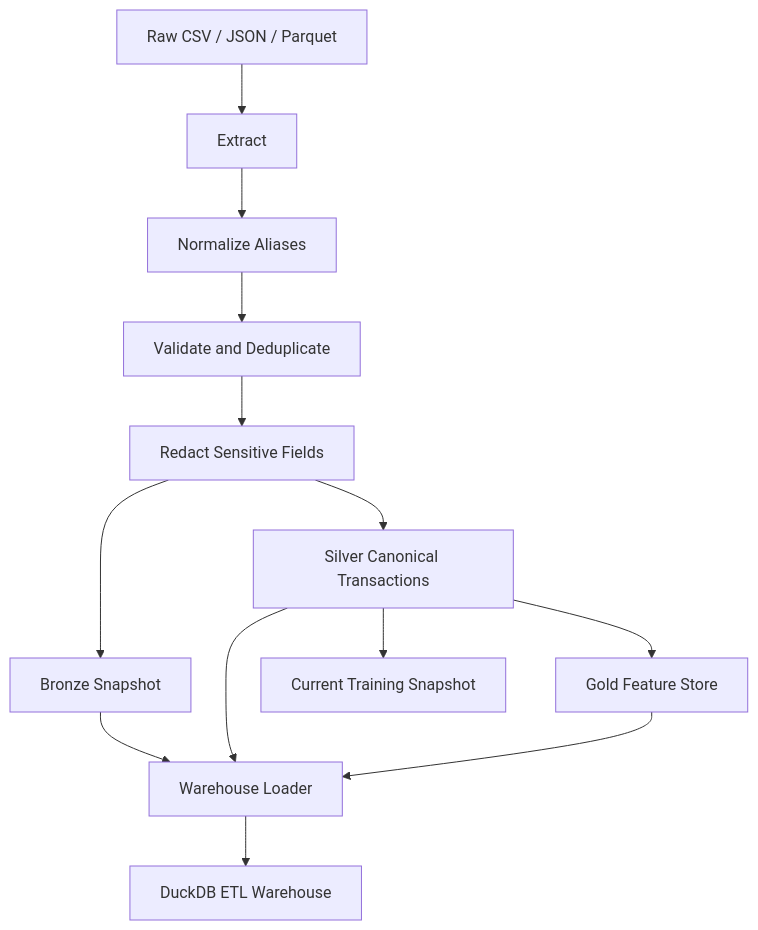
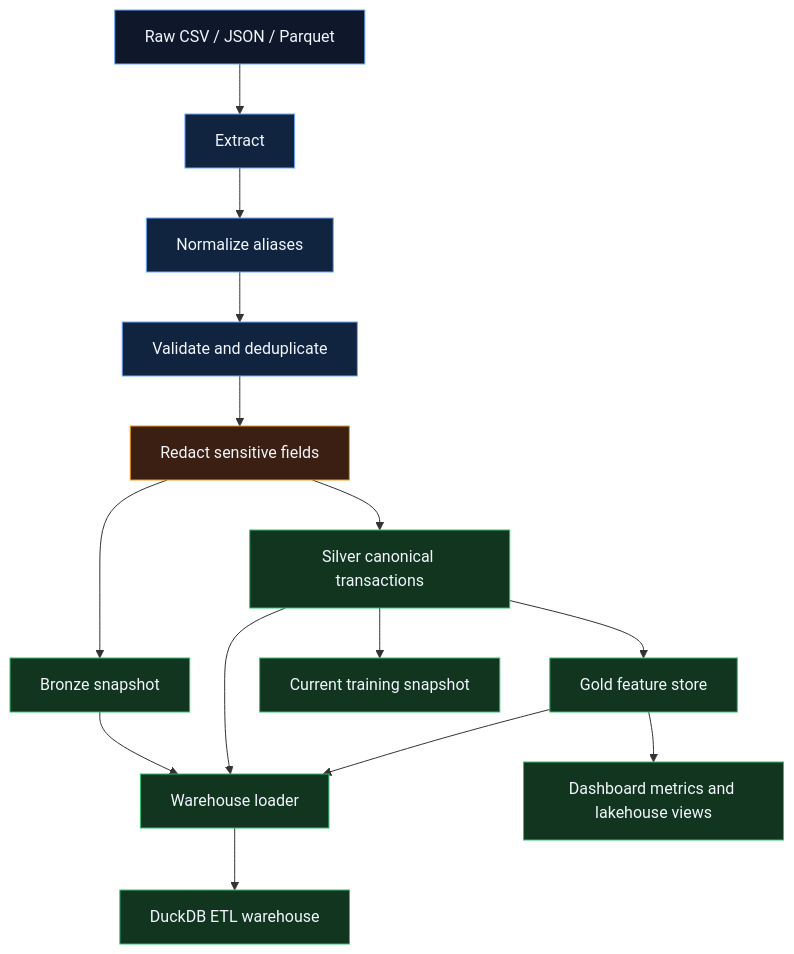
The fourth of 5 diagrams in README.md (AngelP17/Rift), drawn with Mermaid before and after one commit. The commit also changed other lines of this file and 8 other files, not shown here.

````diff
--- a/README.md
+++ b/README.md
@@ -407,15 +467,25 @@
 ```mermaid
 flowchart TD
-    A[Raw CSV / JSON / Parquet] --> B[Extract]
-    B --> C[Normalize Aliases]
-    C --> D[Validate and Deduplicate]
-    D --> E[Redact Sensitive Fields]
-    E --> F[Bronze Snapshot]
-    E --> G[Silver Canonical Transactions]
-    G --> H[Gold Feature Store]
-    F --> I[Warehouse Loader]
+    A["Raw CSV / JSON / Parquet"] --> B["Extract"]
+    B --> C["Normalize aliases"]
+    C --> D["Validate and deduplicate"]
+    D --> E["Redact sensitive fields"]
+    E --> F["Bronze snapshot"]
+    E --> G["Silver canonical transactions"]
+    G --> H["Gold feature store"]
+    F --> I["Warehouse loader"]
     G --> I
     H --> I
-    I --> J[DuckDB ETL Warehouse]
-    G --> K[Current Training Snapshot]
+    I --> J["DuckDB ETL warehouse"]
+    G --> K["Current training snapshot"]
+    H --> L["Dashboard metrics and lakehouse views"]
+
+    classDef raw fill:#0f172a,stroke:#6ea8fe,color:#f3f6ff
+    classDef transform fill:#10243f,stroke:#6ea8fe,color:#f3f6ff
+    classDef governed fill:#3a1f12,stroke:#f39c12,color:#f3f6ff
+    classDef output fill:#12351f,stroke:#2fbf71,color:#f3f6ff
+    class A raw
+    class B,C,D transform
+    class E governed
+    class F,G,H,I,J,K,L output
 ```
````
